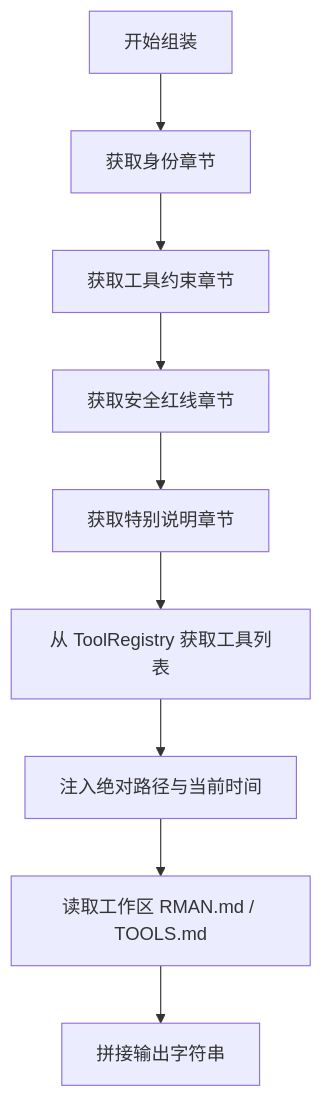
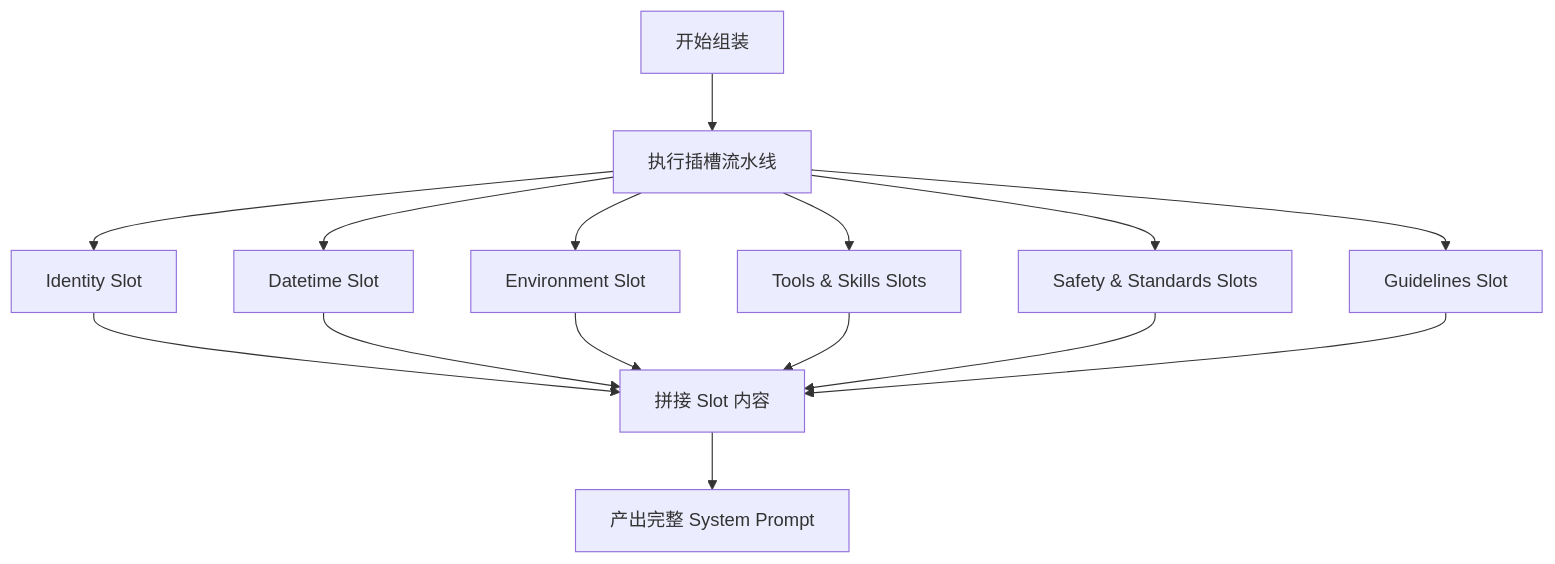
The diagram in docs/design/core-agent/PROMPT_DESIGN.md (zx2015/r_man), drawn with Mermaid before and after one commit. The commit also changed other lines of this file and 5 other files, not shown here.

First line of the commit message:
feat: implement slot-based system prompt architecture and LLM fallback mechanism

````diff
--- a/docs/design/core-agent/PROMPT_DESIGN.md
+++ b/docs/design/core-agent/PROMPT_DESIGN.md
@@ -12,11 +12,12 @@
 ```mermaid
 flowchart TD
-    Start[开始组装] --> Identity[获取身份章节]
-    Identity --> Constraints[获取工具约束章节]
-    Constraints --> Safety[获取安全红线章节]
-    Safety --> Special[获取特别说明章节]
-    Special --> Tools[从 ToolRegistry 获取工具列表]
-    Tools --> Env[注入绝对路径与当前时间]
-    Env --> Files[读取工作区 RMAN.md / TOOLS.md]
-    Files --> Output[拼接输出字符串]
+    Start[开始组装] --> Pipeline[执行插槽流水线]
+    Pipeline --> Identity[Identity Slot]
+    Pipeline --> Datetime[Datetime Slot]
+    Pipeline --> Environment[Environment Slot]
+    Pipeline --> ToolsSkills[Tools & Skills Slots]
+    Pipeline --> SafetyStandards[Safety & Standards Slots]
+    Pipeline --> Guidelines[Guidelines Slot]
+    Identity & Datetime & Environment & ToolsSkills & SafetyStandards & Guidelines --> Assemble[拼接 Slot 内容]
+    Assemble --> Output[产出完整 System Prompt]
 ```
````
